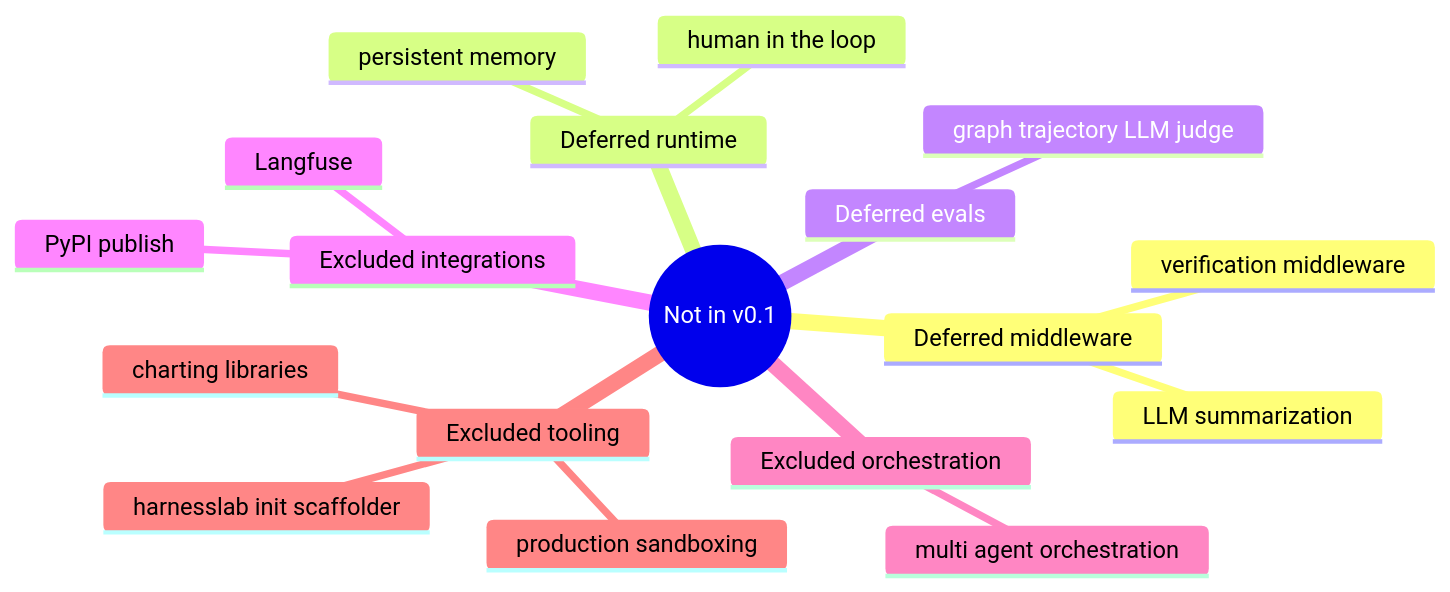
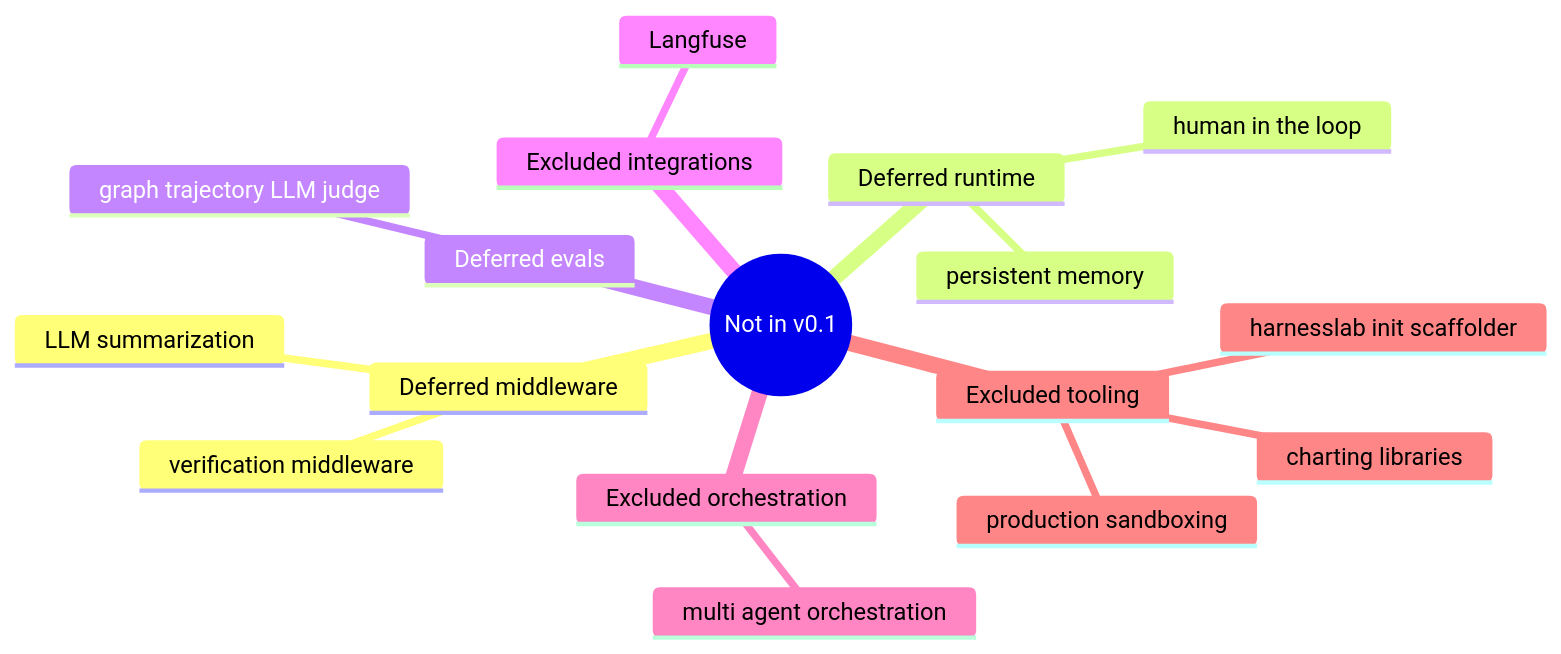
Before and after one commit to HOSH19/HarnessLab: the eighth of 8 diagrams in README.md, drawn with Mermaid. The commit also changed other lines of this file and 6 other files, not shown here.

````diff
--- a/README.md
+++ b/README.md
@@ -168,21 +202,20 @@
 ```mermaid
 mindmap
   root((Not in v0.1))
     Deferred middleware
       verification middleware
       LLM summarization
     Deferred runtime
       human in the loop
       persistent memory
     Deferred evals
       graph trajectory LLM judge
     Excluded integrations
       Langfuse
-      PyPI publish
     Excluded orchestration
       multi agent orchestration
     Excluded tooling
       harnesslab init scaffolder
       charting libraries
       production sandboxing
 ```
````
